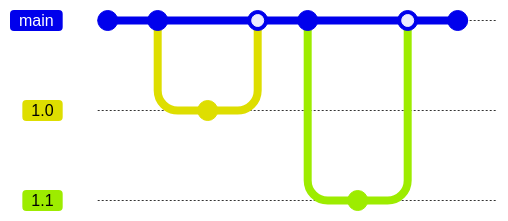
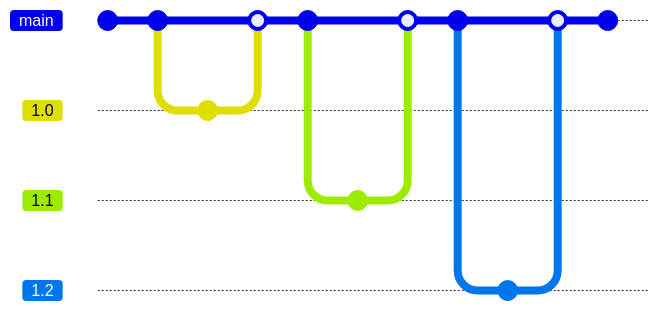
The diagram in graph.md (gianmarco-mameli/uselessrepo), drawn with Mermaid before and after one commit. Commit ids are hidden.

````diff
--- a/graph.md
+++ b/graph.md
@@ -1,18 +1,24 @@
 ```mermaid
 gitGraph
     commit
     commit
     branch 1.0
     checkout 1.0
     commit
     checkout main
     merge 1.0
     commit
     branch 1.1
     checkout 1.1
     commit
     checkout main
     merge 1.1
     commit
+    branch 1.2
+    checkout 1.2
+    commit
+    checkout main
+    merge 1.2
+    commit
     
 ```
````
